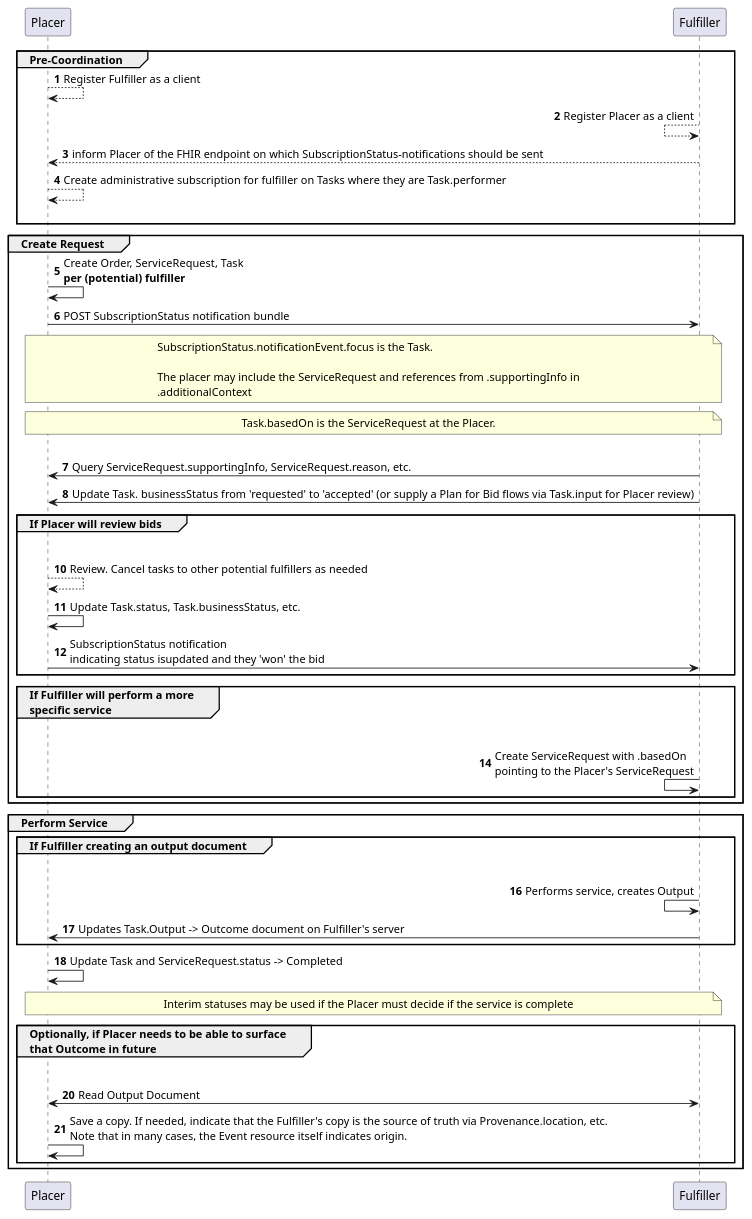
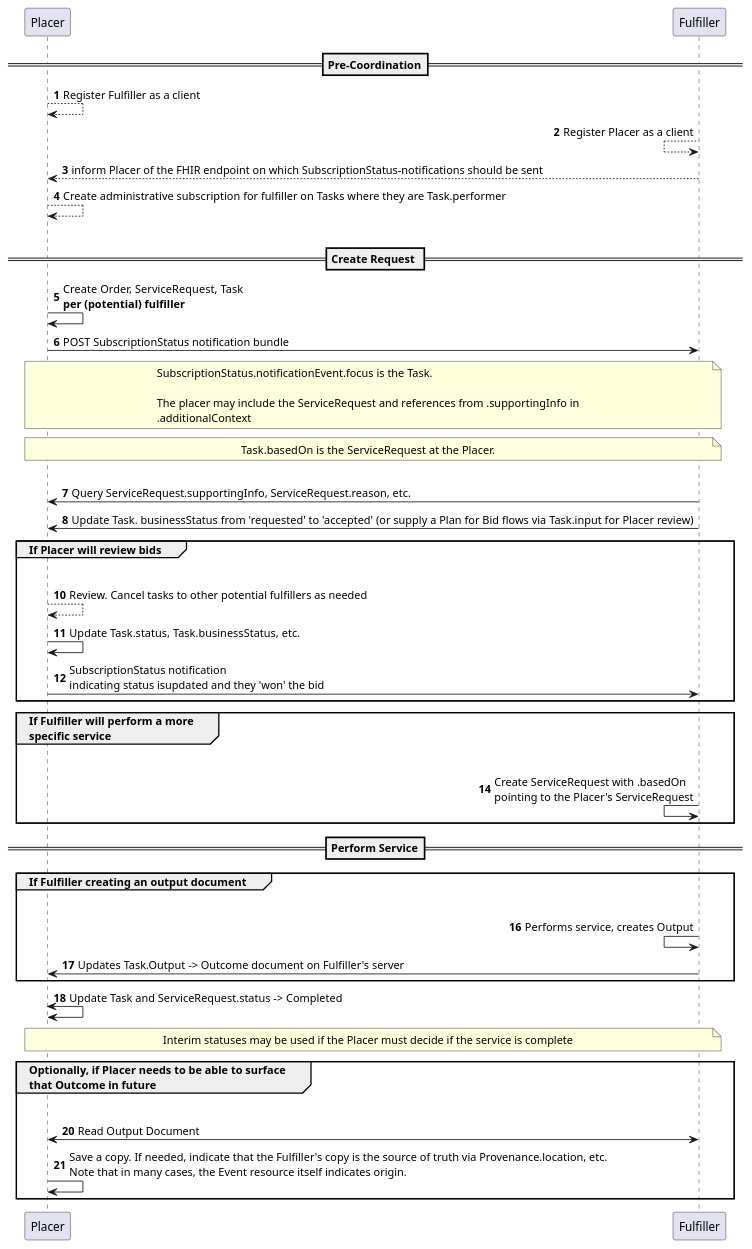
Before and after one commit to HL7/fhir-cow-ig: the diagram in input/images-source/subscriptions-general-example-task-at-placer.plantuml, drawn with PlantUML.

```diff
--- a/input/images-source/subscriptions-general-example-task-at-placer.plantuml
+++ b/input/images-source/subscriptions-general-example-task-at-placer.plantuml
@@ -1,79 +1,78 @@
 @startuml
 autonumber
 'skinparam svgDimensionStyle false
 'skinparam sequenceMessageAlign center
 
-group Pre-Coordination
+
+== Pre-Coordination==
 
 Placer --> Placer: Register Fulfiller as a client
 
 Fulfiller <-- Fulfiller: Register Placer as a client
 
 Placer <-- Fulfiller: inform Placer of the FHIR endpoint on which SubscriptionStatus-notifications should be sent
 
 
 Placer --> Placer: Create administrative subscription for fulfiller on Tasks where they are Task.performer
 ||20||
-end
 
-group Create Request
 
+== Create Request == 
 
 Placer -> Placer : Create Order, ServiceRequest, Task\n**per (potential) fulfiller**
 
 Placer -> Fulfiller: POST SubscriptionStatus notification bundle
 
 note over Placer,Fulfiller
 SubscriptionStatus.notificationEvent.focus is the Task. 
 
 The placer may include the ServiceRequest and references from .supportingInfo in 
 .additionalContext
 end note
 
 note over Placer,Fulfiller
 Task.basedOn is the ServiceRequest at the Placer. 
 end note
 
 ||20||
 
 Fulfiller -> Placer : Query ServiceRequest.supportingInfo, ServiceRequest.reason, etc.
 
 Fulfiller -> Placer : Update Task. businessStatus from 'requested' to 'accepted' (or supply a Plan for Bid flows via Task.input for Placer review)
 
 
 group If Placer will review bids
     Placer -[hidden]>Fulfiller:
     Placer --> Placer : Review. Cancel tasks to other potential fulfillers as needed
     Placer -> Placer : Update Task.status, Task.businessStatus, etc. 
     Placer -> Fulfiller : SubscriptionStatus notification \nindicating status isupdated and they 'won' the bid
 
 end
 
 group If Fulfiller will perform a more\nspecific service
     Fulfiller-[hidden]>Placer:
     Fulfiller <- Fulfiller : Create ServiceRequest with .basedOn\npointing to the Placer's ServiceRequest 
 
 end
-end
-group Perform Service
 
+==Perform Service==
 group If Fulfiller creating an output document
     Fulfiller-[hidden]>Placer:
     Fulfiller <- Fulfiller : Performs service, creates Output
     Fulfiller -> Placer : Updates Task.Output -> Outcome document on Fulfiller's server
 
 end
 
-Placer -> Placer : Update Task and ServiceRequest.status -> Completed
+Placer <-> Placer : Update Task and ServiceRequest.status -> Completed
 
 note over Placer,Fulfiller
 Interim statuses may be used if the Placer must decide if the service is complete 
 end note
 
 group Optionally, if Placer needs to be able to surface\nthat Outcome in future
     Placer-[hidden]>Fulfiller
     Placer <-> Fulfiller: Read Output Document
     Placer -> Placer : Save a copy. If needed, indicate that the Fulfiller's copy is the source of truth via Provenance.location, etc.\nNote that in many cases, the Event resource itself indicates origin. 
 end
-end
+
 @enduml
```
